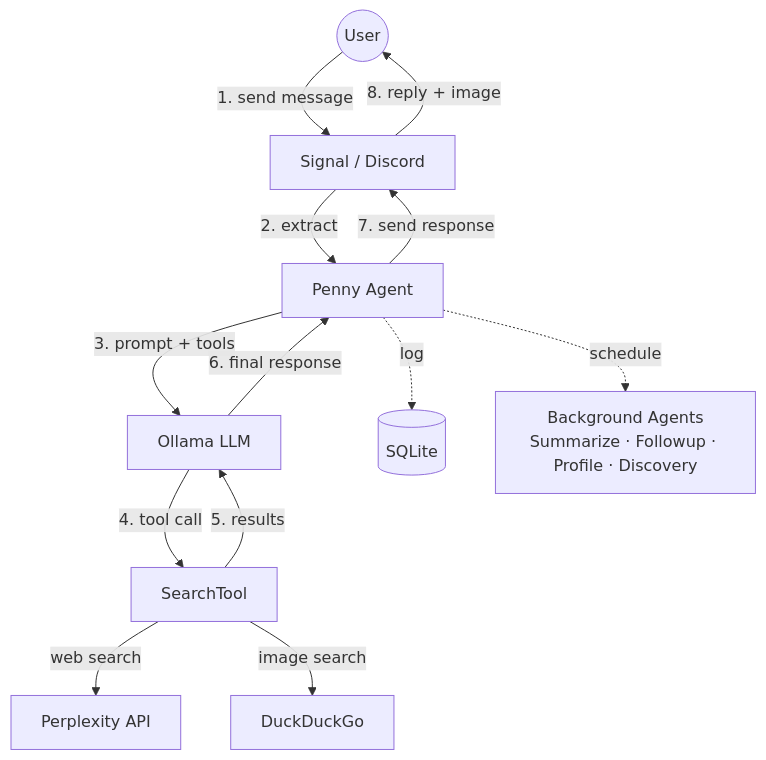
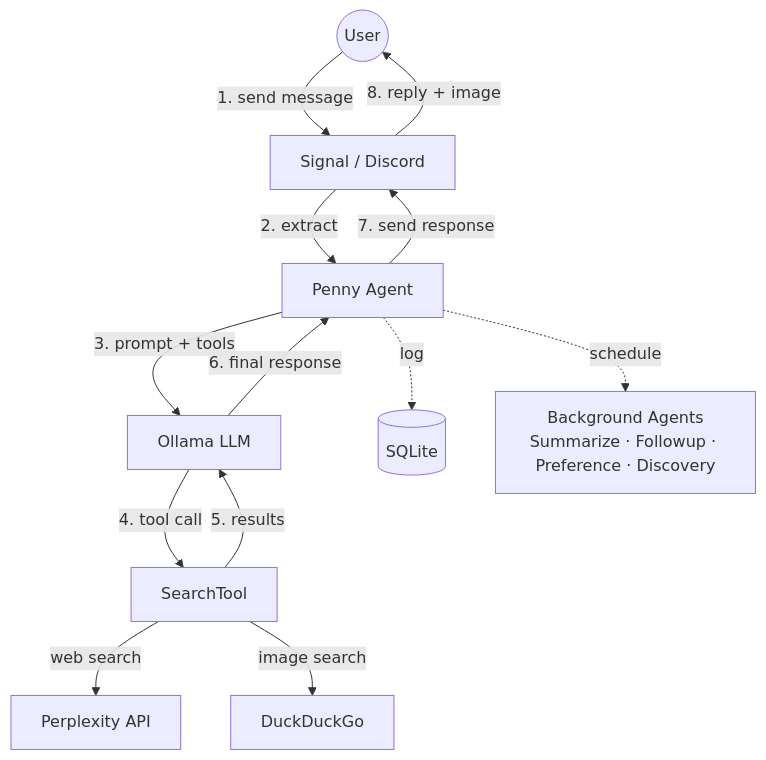
One commit to alifeinbinary/penny changed the diagram in penny/CLAUDE.md. Above: the diagram before and after it, drawn with Mermaid. The commit also changed other lines of this file and 15 other files, not shown here.

````diff
--- a/penny/CLAUDE.md
+++ b/penny/CLAUDE.md
@@ -5,16 +5,16 @@
 ```mermaid
 flowchart TD
     User((User)) -->|"1. send message"| Channel[Signal / Discord]
     Channel -->|"2. extract"| Penny[Penny Agent]
     Penny -->|"3. prompt + tools"| Ollama[Ollama LLM]
     Ollama -->|"4. tool call"| Search[SearchTool]
     Search -->|"web search"| Perplexity[Perplexity API]
     Search -->|"image search"| DDG[DuckDuckGo]
     Search -->|"5. results"| Ollama
     Ollama -->|"6. final response"| Penny
     Penny -->|"7. send response"| Channel
     Channel -->|"8. reply + image"| User
 
     Penny -.->|"log"| DB[(SQLite)]
-    Penny -.->|"schedule"| BG["Background Agents\nSummarize · Followup · Profile · Discovery"]
+    Penny -.->|"schedule"| BG["Background Agents\nSummarize · Followup · Preference · Discovery"]
 ```
````
